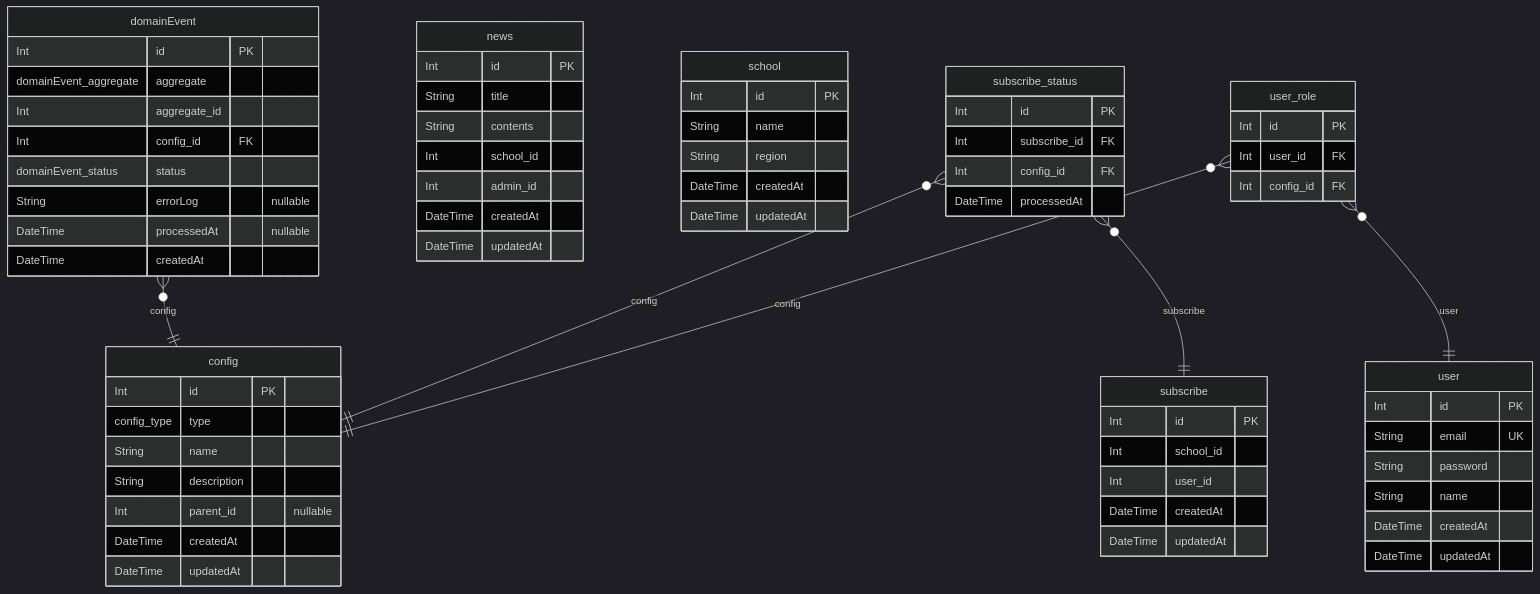
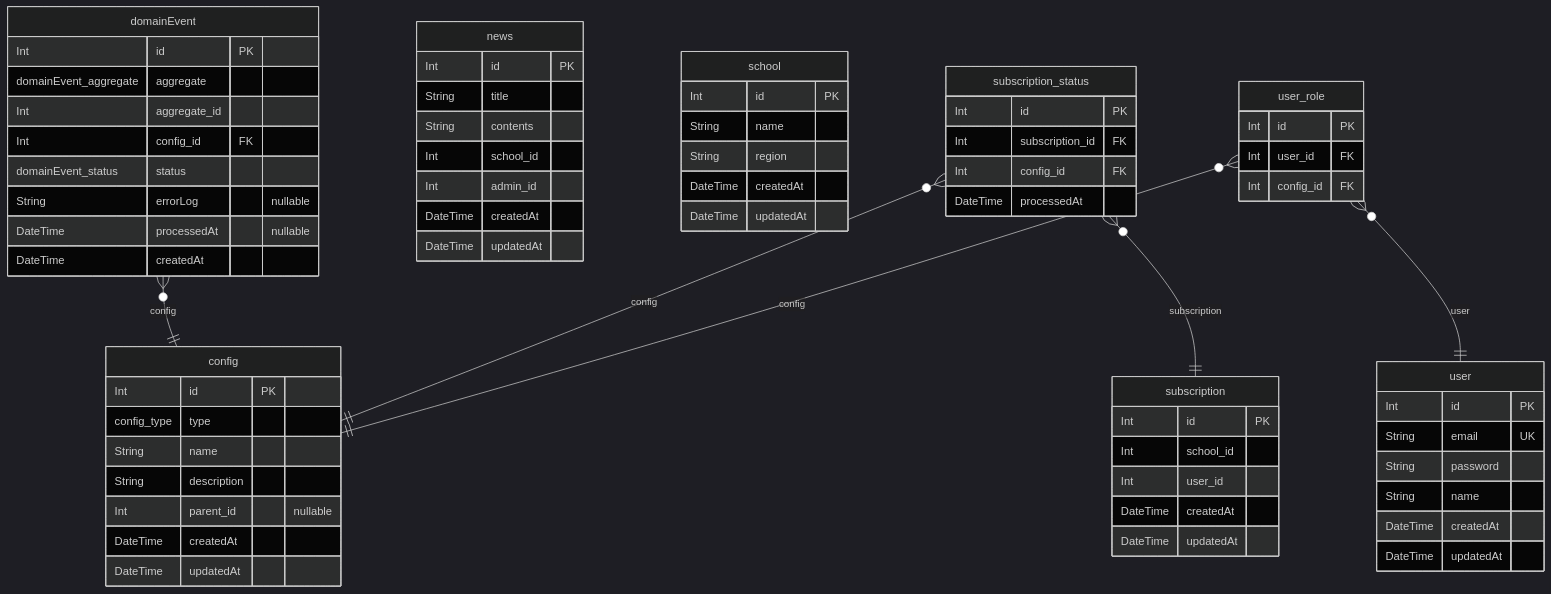
Before and after one commit to 2langk/classting: the diagram in config/sql-history/ERD.md, drawn with Mermaid (dark theme). The commit also changed other lines of this file and 22 other files, not shown here.

Commit message:
refactor: subscribe to subscription

````diff
--- a/config/sql-history/ERD.md
+++ b/config/sql-history/ERD.md
@@ -7,69 +7,69 @@
 ```mermaid
 erDiagram
 "config" {
   Int id PK
   config_type type
   String name
   String description
   Int parent_id "nullable"
   DateTime createdAt
   DateTime updatedAt
 }
 "domainEvent" {
   Int id PK
   domainEvent_aggregate aggregate
   Int aggregate_id
   Int config_id FK
   domainEvent_status status
   String errorLog "nullable"
   DateTime processedAt "nullable"
   DateTime createdAt
 }
 "news" {
   Int id PK
   String title
   String contents
   Int school_id
   Int admin_id
   DateTime createdAt
   DateTime updatedAt
 }
 "school" {
   Int id PK
   String name
   String region
   DateTime createdAt
   DateTime updatedAt
 }
-"subscribe" {
+"subscription" {
   Int id PK
   Int school_id
   Int user_id
   DateTime createdAt
   DateTime updatedAt
 }
-"subscribe_status" {
+"subscription_status" {
   Int id PK
-  Int subscribe_id FK
+  Int subscription_id FK
   Int config_id FK
   DateTime processedAt
 }
 "user" {
   Int id PK
   String email UK
   String password
   String name
   DateTime createdAt
   DateTime updatedAt
 }
 "user_role" {
   Int id PK
   Int user_id FK
   Int config_id FK
 }
 "domainEvent" }o--|| "config" : config
-"subscribe_status" }o--|| "config" : config
-"subscribe_status" }o--|| "subscribe" : subscribe
+"subscription_status" }o--|| "config" : config
+"subscription_status" }o--|| "subscription" : subscription
 "user_role" }o--|| "config" : config
 "user_role" }o--|| "user" : user
 ```
````
